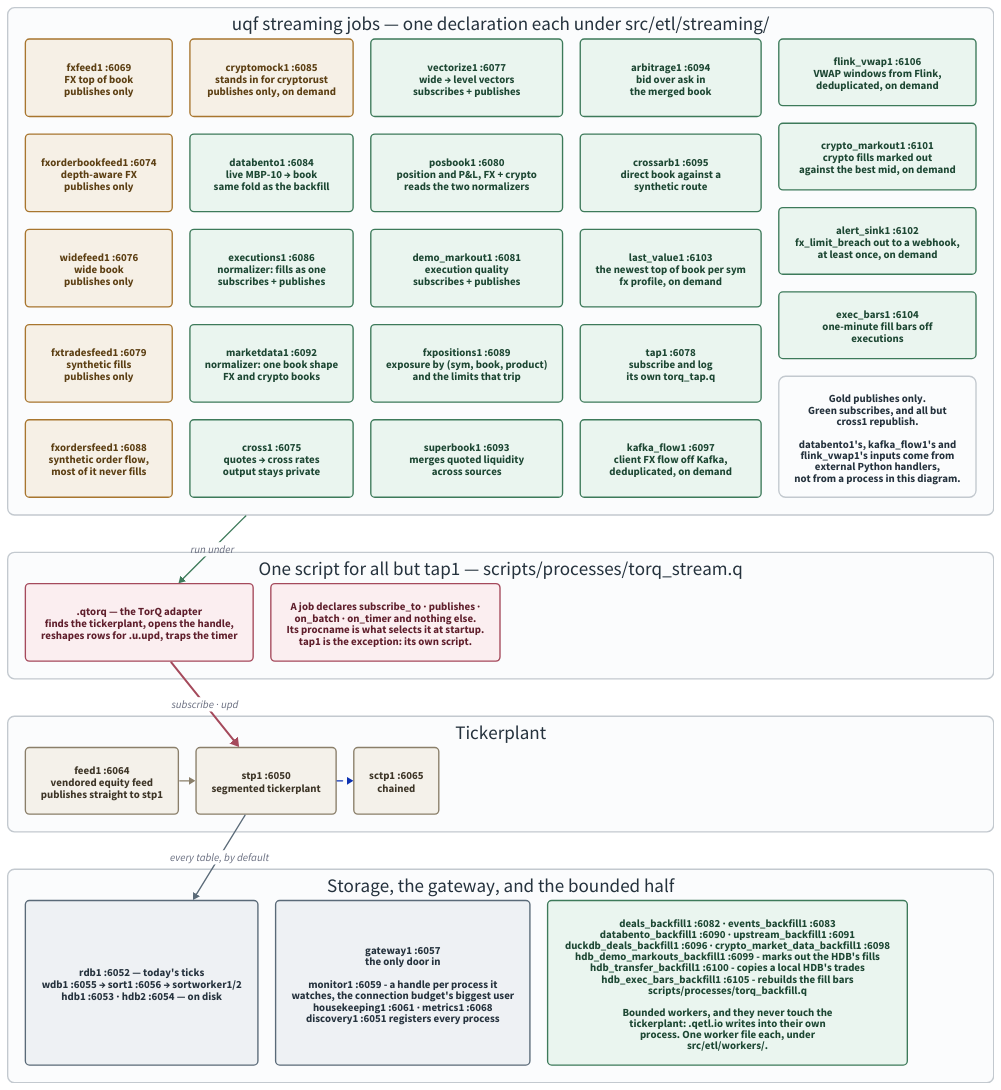
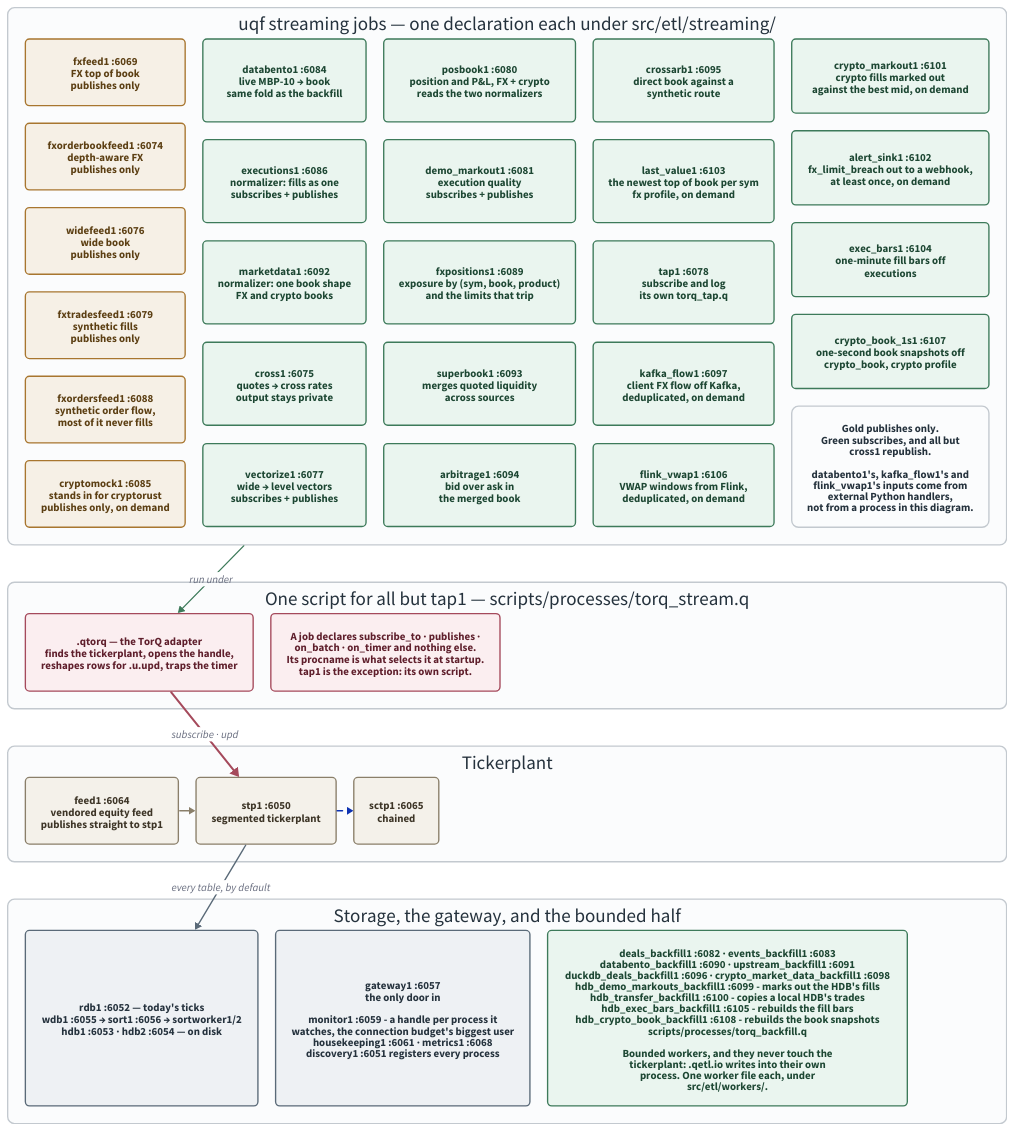
One commit to kwojdalski/uqf changed the diagram in docs/diagrams/stack-topology.d2. Above: the diagram before and after it, drawn with D2. The commit also changed 31 other files, not shown here.

First line of the commit message:
One-second crypto_book snapshots: live bars job and HDB backfill twin (#1222)

```diff
--- a/docs/diagrams/stack-topology.d2
+++ b/docs/diagrams/stack-topology.d2
@@ -1,171 +1,172 @@
 # stack-topology.d2 - who connects to whom over IPC in the running stack.
 #
 # Rendered by scripts/generate/render_diagrams.py, which CI runs with
 # --check. Embedded from docs/architecture/stack.md.
 #
 # Ports are the defaults at base 6050; every one is {KDBBASEPORT}+offset, so
 # a different base shifts them all together. The authority for the offsets
 # is docs/reference/processes.md, which is GENERATED from the
 # pipeline registry - if this diagram and that table disagree, the table is
 # right.
 #
 # WHAT THIS SHOWS THAT THE MERMAID VERSION DID NOT (#245).
 #
 # Every uqf streaming process but tap1 runs the SAME script. Since #204 a
 # streaming job is a declaration under src/etl/streaming/ and
 # processes/torq_stream.q is the one runner; which job a process runs is
 # decided by its procname at startup. The old diagram drew a script per
 # process, which is what the stack looked like before .qetl.job.stream and is the
 # single most misleading thing about it.
 #
 # The two connection patterns are still real and still different - publish
 # only, versus an access-listed subscribe - but a job performs neither
 # itself now. .qtorq does both on its behalf, which is why the adapter is
 # drawn between the processes and the tickerplant rather than left out.
 #
 # Backfills are on here too, and were not before. They are the other half
 # of the ETL tree and they reach the tickerplant NOT AT ALL: a bounded
 # worker writes through .qetl.io into its own process, so its rows never
 # traverse stp1. Drawing them beside the streaming jobs is the point - the
 # two halves look alike in the code and take completely different paths to
 # storage.
 
 direction: down
 
 grid-rows: 4
 grid-gap: 55
 
 vars: {
   d2-config: {
     pad: 40
   }
 }
 
 # Same palette as repo-overview.d2, so the set reads as one system: light
 # fills with dark text in both themes rather than a --dark-theme pairing,
 # which d2 still applies explicit styles over (d2lang/d2#831).
 classes: {
   feed: {
     style: {
       fill: "#f6f0e6"
       stroke: "#a8762f"
       font-color: "#5c3f13"
       border-radius: 6
     }
   }
   job: {
     style: {
       fill: "#eaf5ef"
       stroke: "#3d7a5a"
       font-color: "#1d4733"
       border-radius: 6
     }
   }
   adapter: {
     style: {
       fill: "#fbeef0"
       stroke: "#a54a5c"
       font-color: "#5f1f2c"
       border-radius: 6
     }
   }
   store: {
     style: {
       fill: "#eef1f4"
       stroke: "#5a6a78"
       font-color: "#25323d"
       border-radius: 6
     }
   }
   vendored: {
     style: {
       fill: "#f4f1ea"
       stroke: "#8a7f6a"
       font-color: "#3d3527"
       border-radius: 6
     }
   }
   band: {
     style: {
       fill: "#fbfcfd"
       stroke: "#c3c9cf"
       font-color: "#25323d"
       stroke-width: 2
       border-radius: 10
     }
   }
 }
 
 jobs: "uqf streaming jobs — one declaration each under src/etl/streaming/" {
   class: band
   grid-columns: 5
   grid-gap: 26
 
   fxfeed1: "fxfeed1 :6069\nFX top of book\npublishes only" { class: feed }
   fxorderbookfeed1: "fxorderbookfeed1 :6074\ndepth-aware FX\npublishes only" { class: feed }
   widefeed1: "widefeed1 :6076\nwide book\npublishes only" { class: feed }
   fxtradesfeed1: "fxtradesfeed1 :6079\nsynthetic fills\npublishes only" { class: feed }
   fxordersfeed1: "fxordersfeed1 :6088\nsynthetic order flow,\nmost of it never fills" { class: feed }
 
   cryptomock1: "cryptomock1 :6085\nstands in for cryptorust\npublishes only, on demand" { class: feed }
   databento1: "databento1 :6084\nlive MBP-10 → book\nsame fold as the backfill" { class: job }
   executions1: "executions1 :6086\nnormalizer: fills as one\nsubscribes + publishes" { class: job }
   marketdata1: "marketdata1 :6092\nnormalizer: one book shape\nFX and crypto books" { class: job }
 
   cross1: "cross1 :6075\nquotes → cross rates\noutput stays private" { class: job }
   vectorize1: "vectorize1 :6077\nwide → level vectors\nsubscribes + publishes" { class: job }
   posbook1: "posbook1 :6080\nposition and P&L, FX + crypto\nreads the two normalizers" { class: job }
   demo_markout1: "demo_markout1 :6081\nexecution quality\nsubscribes + publishes" { class: job }
   fxpositions1: "fxpositions1 :6089\nexposure by (sym, book, product)\nand the limits that trip" { class: job }
 
   superbook1: "superbook1 :6093\nmerges quoted liquidity\nacross sources" { class: job }
   arbitrage1: "arbitrage1 :6094\nbid over ask in\nthe merged book" { class: job }
   crossarb1: "crossarb1 :6095\ndirect book against a\nsynthetic route" { class: job }
   last_value1: "last_value1 :6103\nthe newest top of book per sym\nfx profile, on demand" { class: job }
   tap1: "tap1 :6078\nsubscribe and log\nits own torq_tap.q" { class: job }
   kafka_flow1: "kafka_flow1 :6097\nclient FX flow off Kafka,\ndeduplicated, on demand" { class: job }
   flink_vwap1: "flink_vwap1 :6106\nVWAP windows from Flink,\ndeduplicated, on demand" { class: job }
   crypto_markout1: "crypto_markout1 :6101\ncrypto fills marked out\nagainst the best mid, on demand" { class: job }
   alert_sink1: "alert_sink1 :6102\nfx_limit_breach out to a webhook,\nat least once, on demand" { class: job }
   exec_bars1: "exec_bars1 :6104\none-minute fill bars off\nexecutions" { class: job }
+  crypto_book_1s1: "crypto_book_1s1 :6107\none-second book snapshots off\ncrypto_book, crypto profile" { class: job }
   legend: "Gold publishes only.\nGreen subscribes, and all but\ncross1 republish.\n\ndatabento1's, kafka_flow1's and\nflink_vwap1's inputs come from\nexternal Python handlers,\nnot from a process in this diagram." { class: band }
 }
 
 runner: "One script for all but tap1 — scripts/processes/torq_stream.q" {
   class: band
   grid-columns: 2
   grid-gap: 26
 
   qtorq: ".qtorq — the TorQ adapter\nfinds the tickerplant, opens the handle,\nreshapes rows for .u.upd, traps the timer" { class: adapter }
   note: "A job declares subscribe_to · publishes ·\non_batch · on_timer and nothing else.\nIts procname is what selects it at startup.\ntap1 is the exception: its own script." { class: adapter }
 }
 
 tp: "Tickerplant" {
   class: band
   grid-columns: 3
   grid-gap: 26
 
   feed1: "feed1 :6064\nvendored equity feed\npublishes straight to stp1" { class: vendored }
   stp: "stp1 :6050\nsegmented tickerplant" { class: vendored }
   sctp: "sctp1 :6065\nchained" { class: vendored }
 
   feed1 -> stp { style.stroke: "#8a7f6a" }
   stp -> sctp { style.stroke-dash: 4 }
 }
 
 downstream: "Storage, the gateway, and the bounded half" {
   class: band
   grid-columns: 3
   grid-gap: 26
 
   storage: "rdb1 :6052 — today's ticks\nwdb1 :6055 → sort1 :6056 → sortworker1/2\nhdb1 :6053 · hdb2 :6054 — on disk" { class: store }
   gw: "gateway1 :6057\nthe only door in\n\nmonitor1 :6059 - a handle per process it\nwatches, the connection budget's biggest user\nhousekeeping1 :6061 · metrics1 :6068\ndiscovery1 :6051 registers every process" { class: store }
-  backfills: "deals_backfill1 :6082 · events_backfill1 :6083\ndatabento_backfill1 :6090 · upstream_backfill1 :6091\nduckdb_deals_backfill1 :6096 · crypto_market_data_backfill1 :6098\nhdb_demo_markouts_backfill1 :6099 - marks out the HDB's fills\nhdb_transfer_backfill1 :6100 - copies a local HDB's trades\nhdb_exec_bars_backfill1 :6105 - rebuilds the fill bars\nscripts/processes/torq_backfill.q\n\nBounded workers, and they never touch the\ntickerplant: .qetl.io writes into their own\nprocess. One worker file each, under\nsrc/etl/workers/." { class: job }
+  backfills: "deals_backfill1 :6082 · events_backfill1 :6083\ndatabento_backfill1 :6090 · upstream_backfill1 :6091\nduckdb_deals_backfill1 :6096 · crypto_market_data_backfill1 :6098\nhdb_demo_markouts_backfill1 :6099 - marks out the HDB's fills\nhdb_transfer_backfill1 :6100 - copies a local HDB's trades\nhdb_exec_bars_backfill1 :6105 - rebuilds the fill bars\nhdb_crypto_book_backfill1 :6108 - rebuilds the book snapshots\nscripts/processes/torq_backfill.q\n\nBounded workers, and they never touch the\ntickerplant: .qetl.io writes into their own\nprocess. One worker file each, under\nsrc/etl/workers/." { class: job }
 }
 
 jobs -> runner.qtorq: "run under" { style.stroke: "#3d7a5a" }
 runner.qtorq -> tp.stp: "subscribe · upd" {
   style.stroke: "#a54a5c"
   style.stroke-width: 3
 }
 tp.stp -> downstream.storage: "every table, by default" { style.stroke: "#5a6a78" }
```
